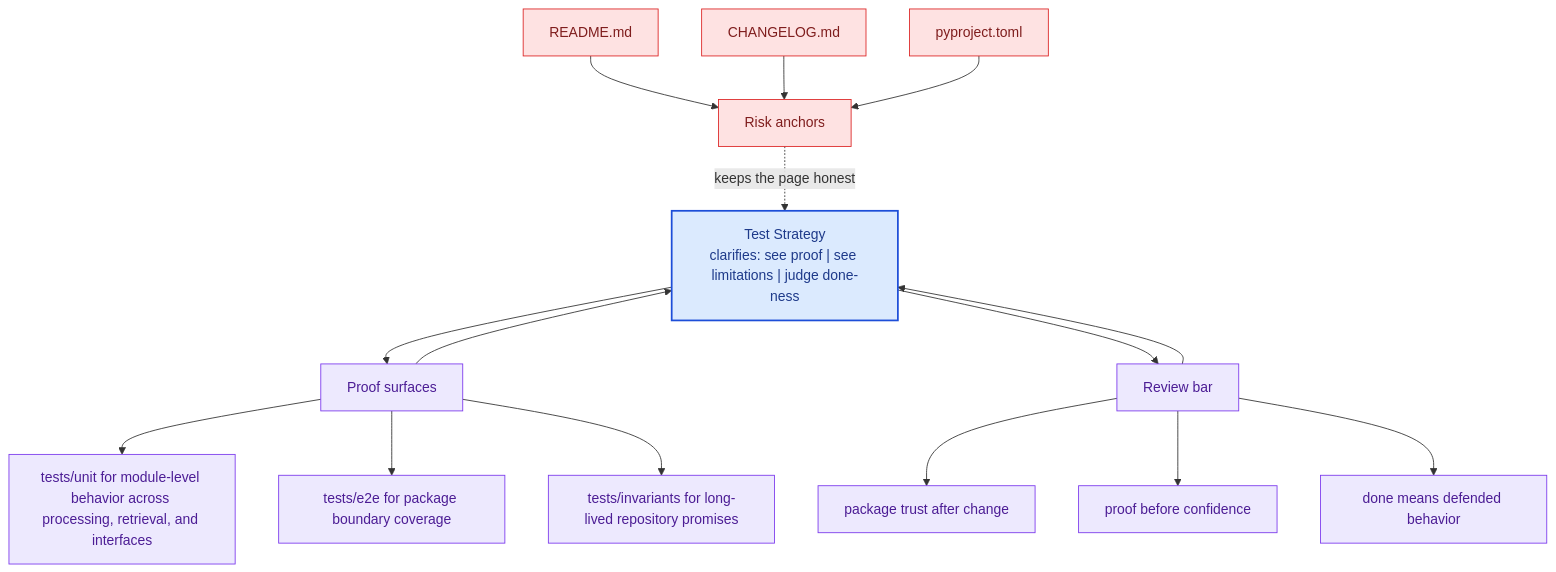
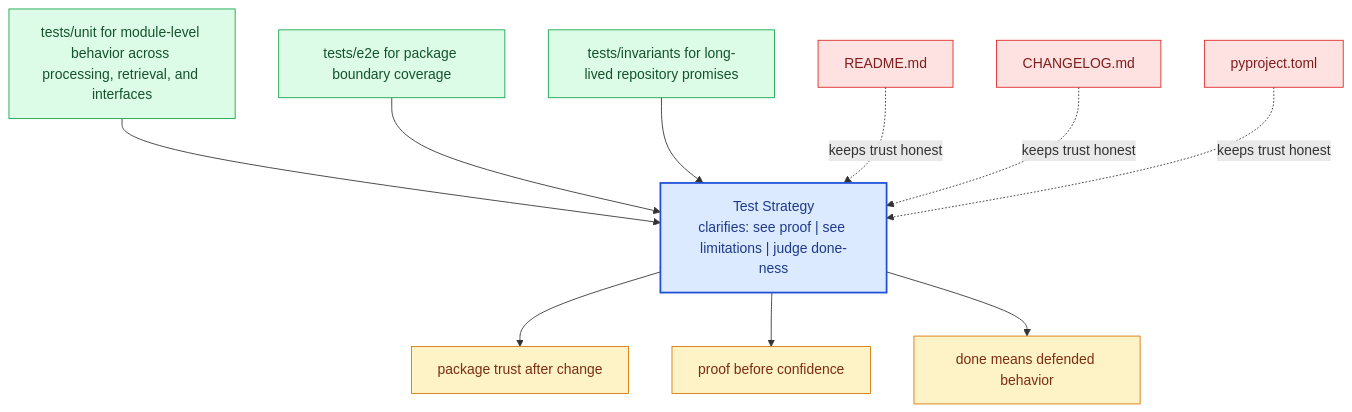
One commit to bijux/bijux-canon changed the diagram in docs/bijux-canon-ingest/quality/test-strategy.md. Above: the diagram before and after it, drawn with Mermaid. The commit also changed other lines of this file and 281 other files, not shown here.

Commit message:
docs(diagrams): replace repeated mermaid scaffolds with page-specific summaries

````diff
--- a/docs/bijux-canon-ingest/quality/test-strategy.md
+++ b/docs/bijux-canon-ingest/quality/test-strategy.md
@@ -67,41 +22,31 @@
 ```mermaid
 flowchart TB
-    promise["Test Strategy<br/>clarifies: see proof | see limitations | judge done-ness"]
-    classDef promise fill:#dbeafe,stroke:#1d4ed8,color:#1e3a8a,stroke-width:2px;
-    classDef driver fill:#dcfce7,stroke:#16a34a,color:#14532d;
-    classDef constraint fill:#fee2e2,stroke:#dc2626,color:#7f1d1d;
-    classDef ground fill:#ede9fe,stroke:#7c3aed,color:#4c1d95;
-    focus1["Proof surfaces"]
-    focus1 --> promise
-    promise --> focus1
-    focus1_1["tests/unit for module-level behavior across processing, retrieval, and interfaces"]
-    focus1 --> focus1_1
-    focus1_2["tests/e2e for package boundary coverage"]
-    focus1 --> focus1_2
-    focus1_3["tests/invariants for long-lived repository promises"]
-    focus1 --> focus1_3
-    class focus1 ground;
-    class focus1_1,focus1_2,focus1_3 ground;
-    focus2["Risk anchors"]
-    focus2 -.keeps the page honest.-> promise
-    focus2_1["README.md"]
-    focus2_1 --> focus2
-    focus2_2["CHANGELOG.md"]
-    focus2_2 --> focus2
-    focus2_3["pyproject.toml"]
-    focus2_3 --> focus2
-    class focus2 constraint;
-    class focus2_1,focus2_2,focus2_3 constraint;
-    focus3["Review bar"]
-    focus3 --> promise
-    promise --> focus3
-    focus3_1["package trust after change"]
-    focus3 --> focus3_1
-    focus3_2["proof before confidence"]
-    focus3 --> focus3_2
-    focus3_3["done means defended behavior"]
-    focus3 --> focus3_3
-    class focus3 ground;
-    class focus3_1,focus3_2,focus3_3 ground;
-    class promise promise;
+    page["Test Strategy<br/>clarifies: see proof | see limitations | judge done-ness"]
+    classDef page fill:#dbeafe,stroke:#1d4ed8,color:#1e3a8a,stroke-width:2px;
+    classDef positive fill:#dcfce7,stroke:#16a34a,color:#14532d;
+    classDef caution fill:#fee2e2,stroke:#dc2626,color:#7f1d1d;
+    classDef anchor fill:#ede9fe,stroke:#7c3aed,color:#4c1d95;
+    classDef action fill:#fef3c7,stroke:#d97706,color:#7c2d12;
+    proof1["tests/unit for module-level behavior across processing, retrieval, and interfaces"]
+    proof1 --> page
+    proof2["tests/e2e for package boundary coverage"]
+    proof2 --> page
+    proof3["tests/invariants for long-lived repository promises"]
+    proof3 --> page
+    risk1["README.md"]
+    risk1 -.keeps trust honest.-> page
+    risk2["CHANGELOG.md"]
+    risk2 -.keeps trust honest.-> page
+    risk3["pyproject.toml"]
+    risk3 -.keeps trust honest.-> page
+    bar1["package trust after change"]
+    page --> bar1
+    bar2["proof before confidence"]
+    page --> bar2
+    bar3["done means defended behavior"]
+    page --> bar3
+    class page page;
+    class proof1,proof2,proof3 positive;
+    class risk1,risk2,risk3 caution;
+    class bar1,bar2,bar3 action;
 ```
````
